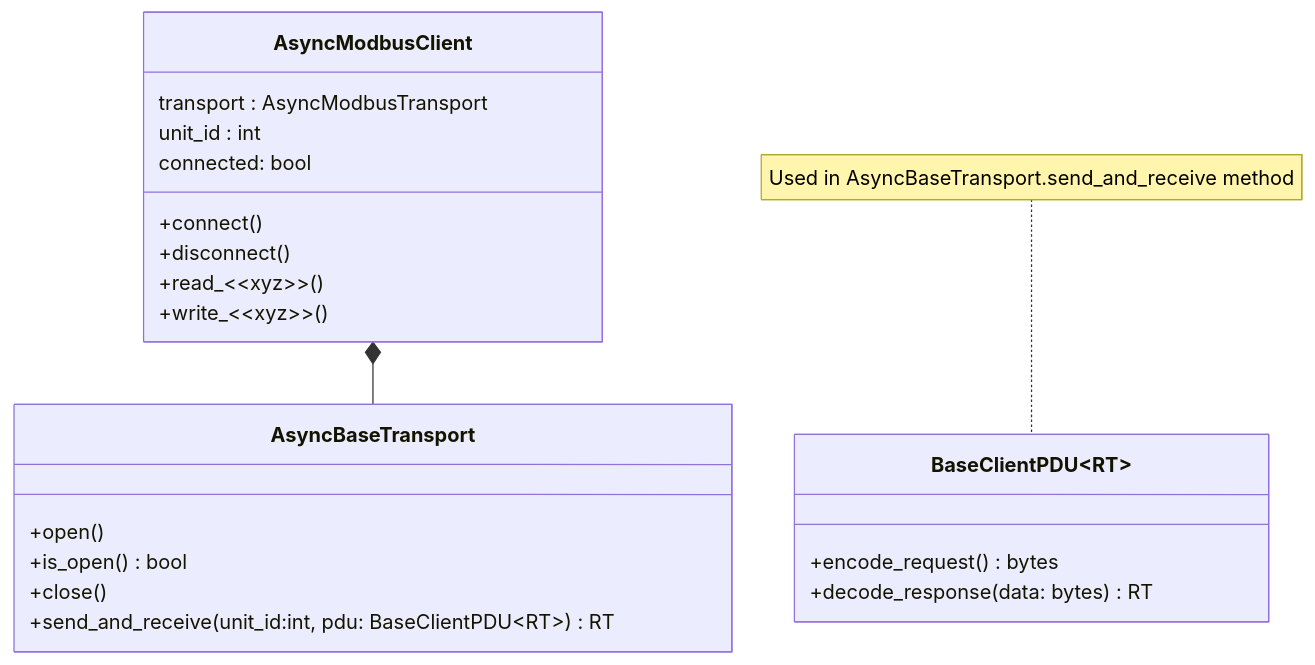
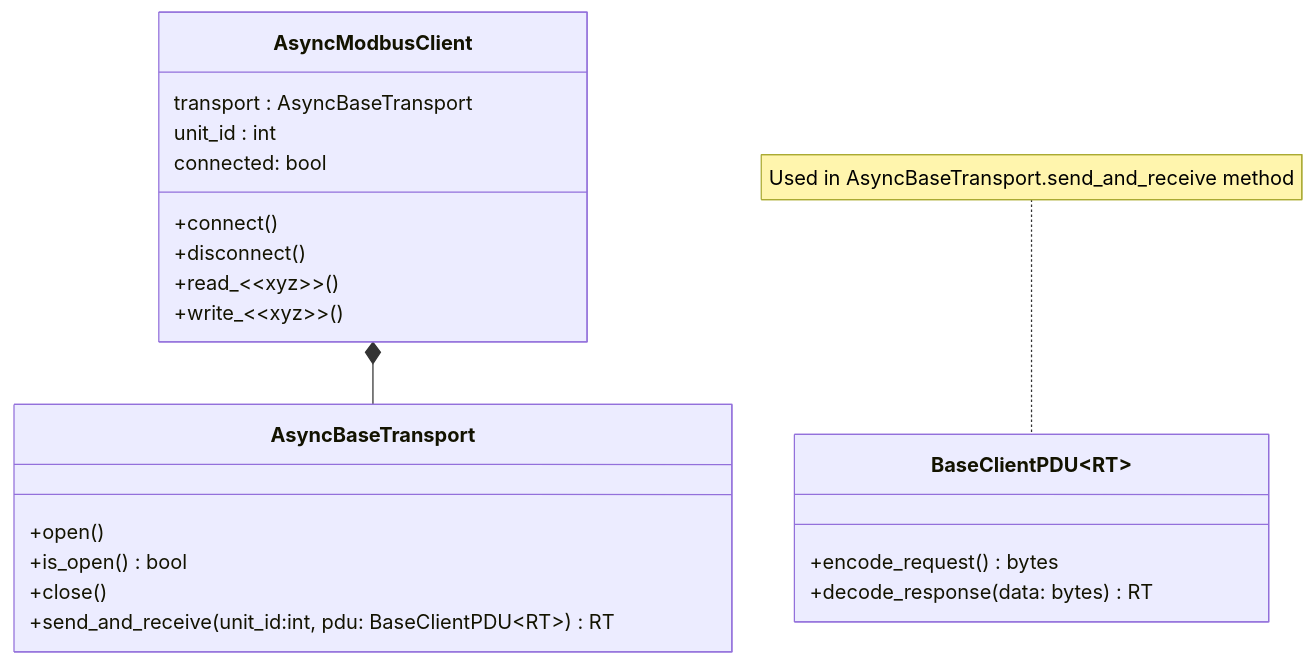
Before and after one commit to wlcrs/tmodbus: the diagram in docs/source/architecture.rst, drawn with Mermaid. The commit also changed other lines of this file and 9 other files, not shown here.

```diff
--- a/docs/source/architecture.rst
+++ b/docs/source/architecture.rst
@@ -24,28 +24,28 @@
 .. mermaid::
 
     classDiagram
         class AsyncModbusClient {
-           transport : AsyncModbusTransport
+           transport : AsyncBaseTransport
            unit_id : int
 
            +connect()
            +disconnect()
            connected: bool
            +read_~~xyz~~()
            +write_~~xyz~~()
         }
 
         AsyncModbusClient *-- AsyncBaseTransport
         class AsyncBaseTransport {
              +open()
              +is_open() bool
              +close()
              +send_and_receive(unit_id:int, pdu: BaseClientPDU~RT~) RT
          }
 
          note for BaseClientPDU "Used in AsyncBaseTransport.send_and_receive method"
 
          class BaseClientPDU~RT~ {
              +encode_request() bytes
              +decode_response(data: bytes) RT
          }
```
